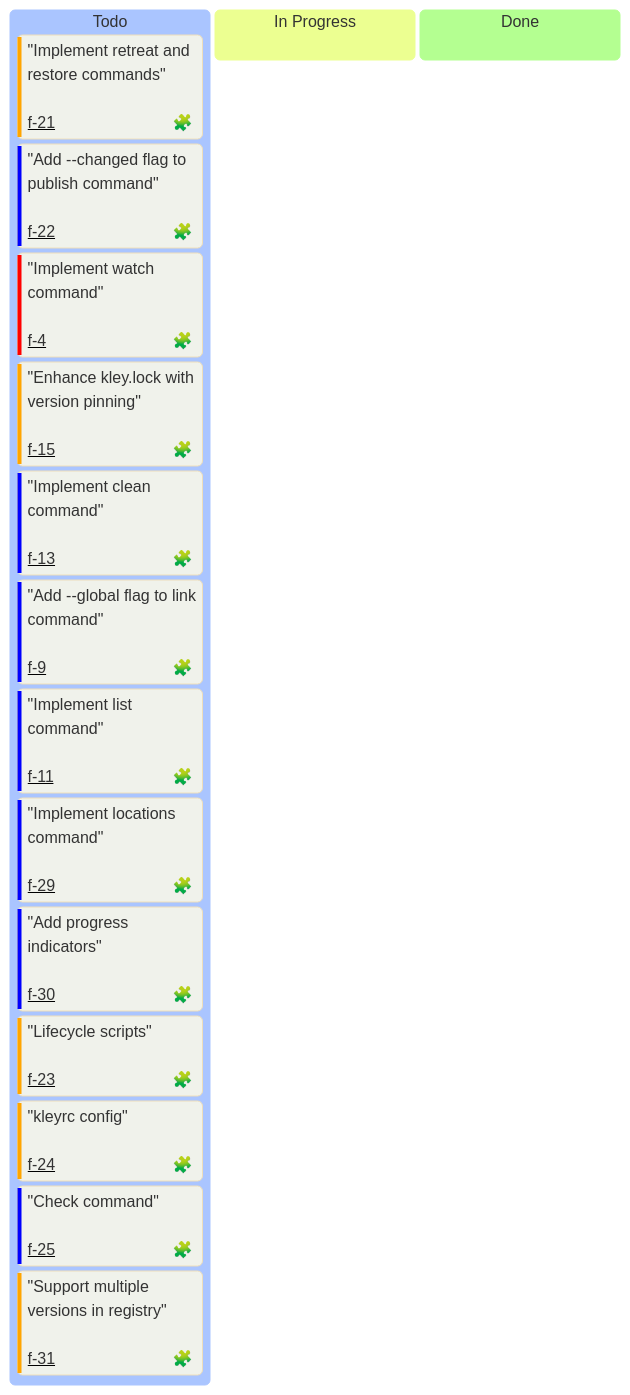
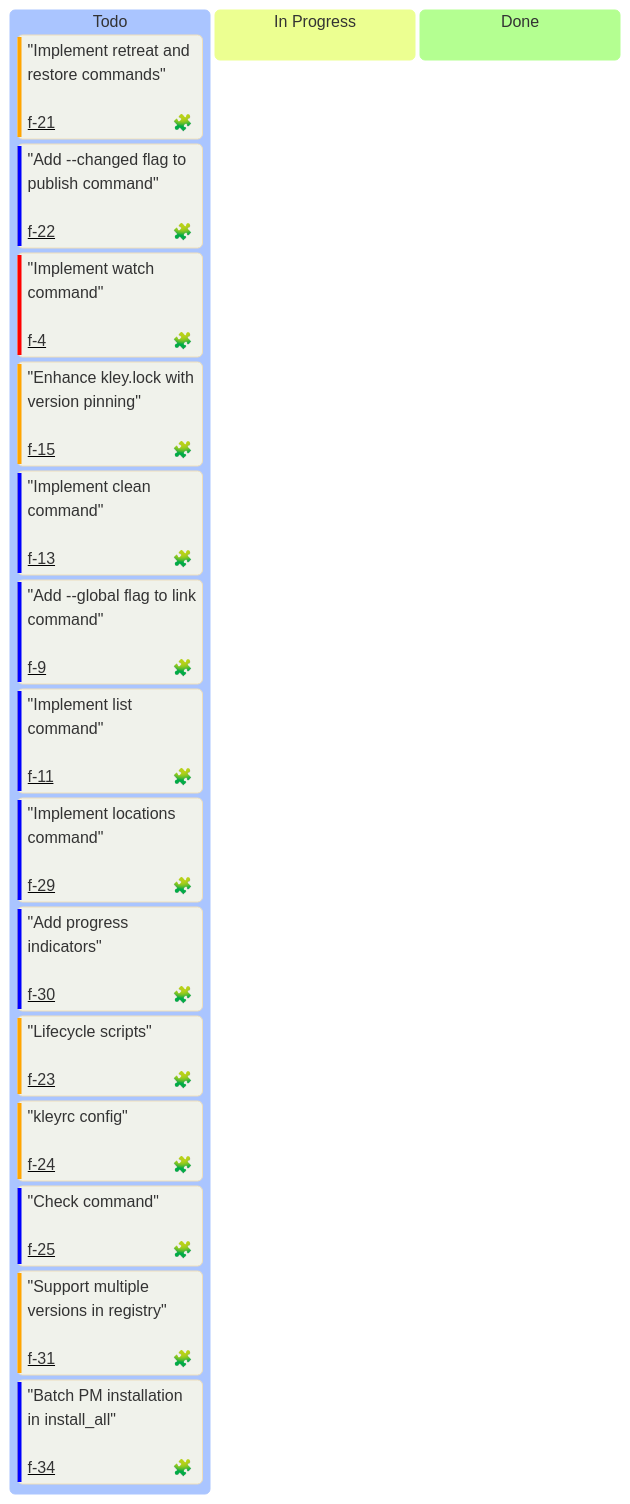
The diagram in docs/milestones/M2-extended.md (sumbad/kley), drawn with Mermaid before and after one commit. The commit also changed other lines of this file and 2 other files, not shown here.

````diff
--- a/docs/milestones/M2-extended.md
+++ b/docs/milestones/M2-extended.md
@@ -17,40 +17,41 @@
 ```mermaid
 ---
 config:
   kanban:
     ticketBaseUrl: 'https://github.com/sumbad/kley/tree/master/docs/tickets/#TICKET#.md'
     
     ### Legend
     # assigned - 🧩 = feat | 🐞 = bug
     # priority - `Very High` = Critical | `High` = High | `Low` = Medium | `Very Low` = Low
     # ticket - used for a ticket file name (tickets/#TICKET#.md)
 ---
 %%{init: {
   'theme': 'base',
   'themeVariables': {
     'darkMode': false,
     'background': '#F0F2EB'
   }
 }}%%
 
 kanban
     Todo
         "Implement retreat and restore commands"<br/><br/>@{ assigned: 🧩, priority: 'High', ticket: 'f-21' }
         "Add --changed flag to publish command"<br/><br/>@{ assigned: 🧩, priority: 'Low', ticket: 'f-22' }
         "Implement watch command"<br/><br/>@{ assigned: 🧩, priority: 'Very High', ticket: 'f-4' }
         "Enhance kley.lock with version pinning"<br/><br/>@{ assigned: 🧩, priority: 'High', ticket: 'f-15' }
         "Implement clean command"<br/><br/>@{ assigned: 🧩, priority: 'Low', ticket: 'f-13' }
         "Add --global flag to link command"<br/><br/>@{ assigned: 🧩, priority: 'Low', ticket: 'f-9' }
         "Implement list command"<br/><br/>@{ assigned: 🧩, priority: 'Low', ticket: 'f-11' }
         "Implement locations command"<br/><br/>@{ assigned: 🧩, priority: 'Low', ticket: 'f-29' }
         "Add progress indicators"<br/><br/>@{ assigned: 🧩, priority: 'Low', ticket: 'f-30' }
         "Lifecycle scripts"<br/><br/>@{ assigned: 🧩, priority: 'High', ticket: 'f-23' }
         "kleyrc config"<br/><br/>@{ assigned: 🧩, priority: 'High', ticket: 'f-24' }
         "Check command"<br/><br/>@{ assigned: 🧩, priority: 'Low', ticket: 'f-25' }
         "Support multiple versions in registry"<br/><br/>@{ assigned: 🧩, priority: 'High', ticket: 'f-31' }
+        "Batch PM installation in install_all"<br/><br/>@{ assigned: 🧩, priority: 'Low', ticket: 'f-34' }
 
     In Progress
 
     Done
 
 ```
````
